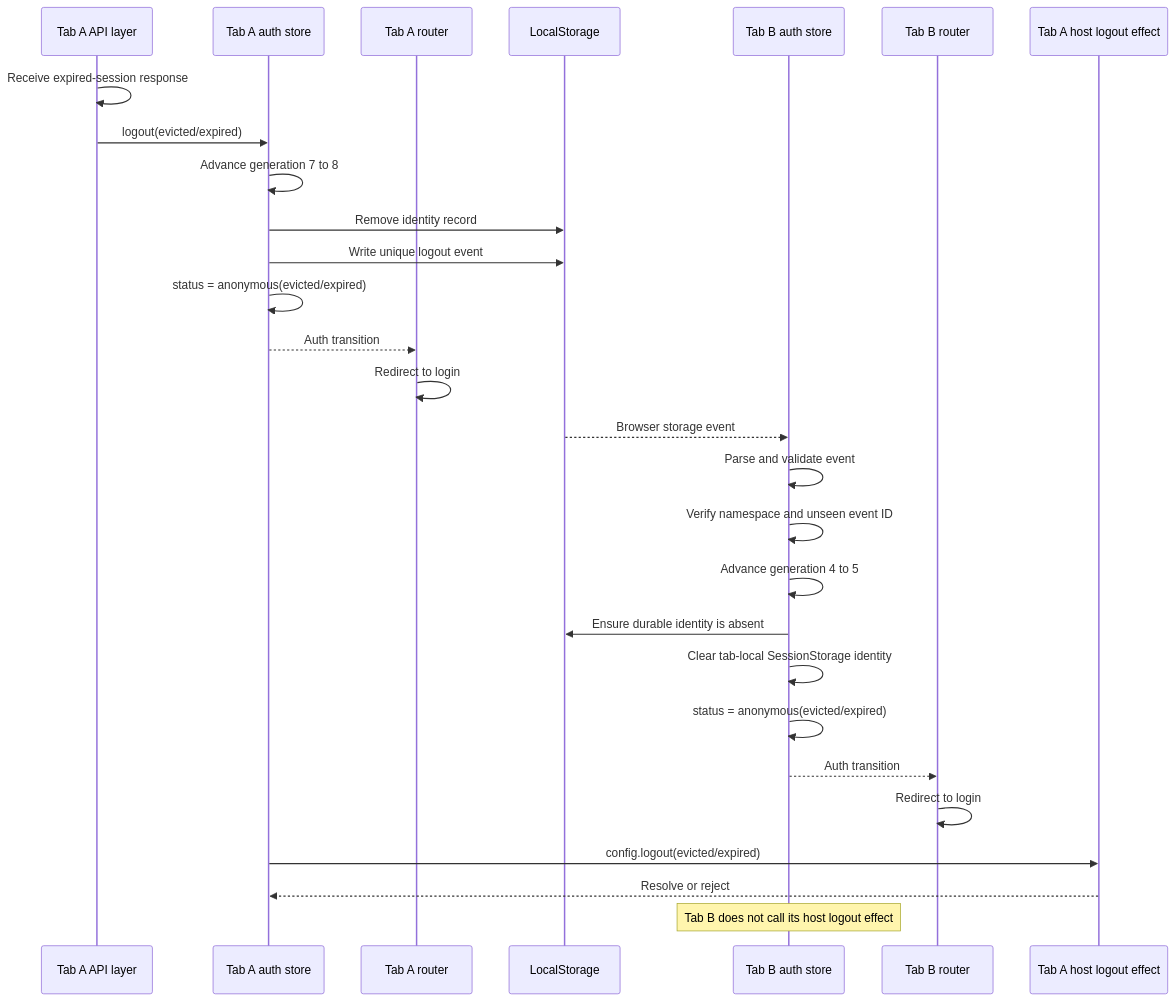
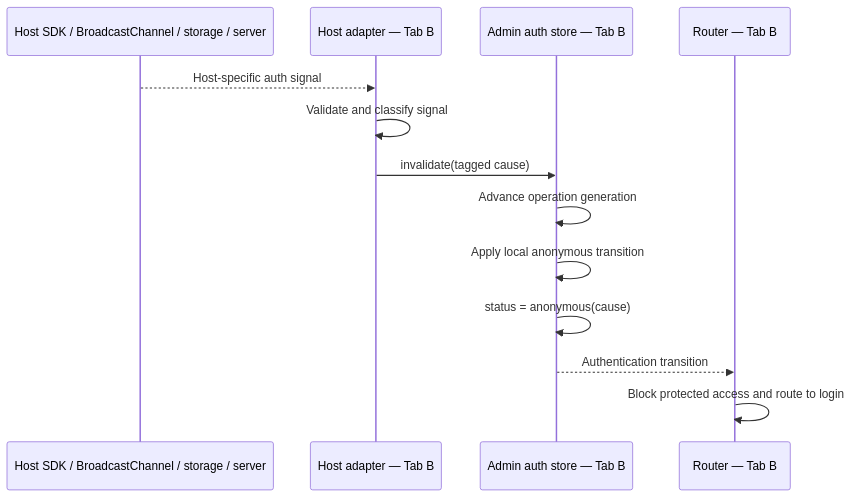
Before and after one commit to hechang27-sprt/noob-components-v2: diagram 13 of 19 in docs/admin-auth-restoration-data-flows.md, drawn with Mermaid. The commit also changed other lines of this file and 15 other files, not shown here.

Commit message:
fix(task): correct earlier `07-28-admin-auth-restoration` design

````diff
--- a/docs/admin-auth-restoration-data-flows.md
+++ b/docs/admin-auth-restoration-data-flows.md
@@ -317,35 +343,16 @@
 ```mermaid
 sequenceDiagram
-    participant APIA as Tab A API layer
-    participant AuthA as Tab A auth store
-    participant RouterA as Tab A router
-    participant LS as LocalStorage
-    participant AuthB as Tab B auth store
-    participant RouterB as Tab B router
-    participant HostA as Tab A host logout effect
+    participant Transport as Host SDK / BroadcastChannel / storage / server
+    participant HostB as Host adapter — Tab B
+    participant AuthB as Admin auth store — Tab B
+    participant RouterB as Router — Tab B
 
-    APIA->>APIA: Receive expired-session response
-    APIA->>AuthA: logout(evicted/expired)
-
-    AuthA->>AuthA: Advance generation 7 to 8
-    AuthA->>LS: Remove identity record
-    AuthA->>LS: Write unique logout event
-    AuthA->>AuthA: status = anonymous(evicted/expired)
-    AuthA-->>RouterA: Auth transition
-    RouterA->>RouterA: Redirect to login
-
-    LS-->>AuthB: Browser storage event
-    AuthB->>AuthB: Parse and validate event
-    AuthB->>AuthB: Verify namespace and unseen event ID
-    AuthB->>AuthB: Advance generation 4 to 5
-    AuthB->>LS: Ensure durable identity is absent
-    AuthB->>AuthB: Clear tab-local SessionStorage identity
-    AuthB->>AuthB: status = anonymous(evicted/expired)
-    AuthB-->>RouterB: Auth transition
-    RouterB->>RouterB: Redirect to login
-
-    AuthA->>HostA: config.logout(evicted/expired)
-    HostA-->>AuthA: Resolve or reject
-
-    Note over AuthB: Tab B does not call its host logout effect
+    Transport-->>HostB: Host-specific auth signal
+    HostB->>HostB: Validate and classify signal
+    HostB->>AuthB: invalidate(tagged cause)
+    AuthB->>AuthB: Advance operation generation
+    AuthB->>AuthB: Apply local anonymous transition
+    AuthB->>AuthB: status = anonymous(cause)
+    AuthB-->>RouterB: Authentication transition
+    RouterB->>RouterB: Block protected access and route to login
 ```
````
